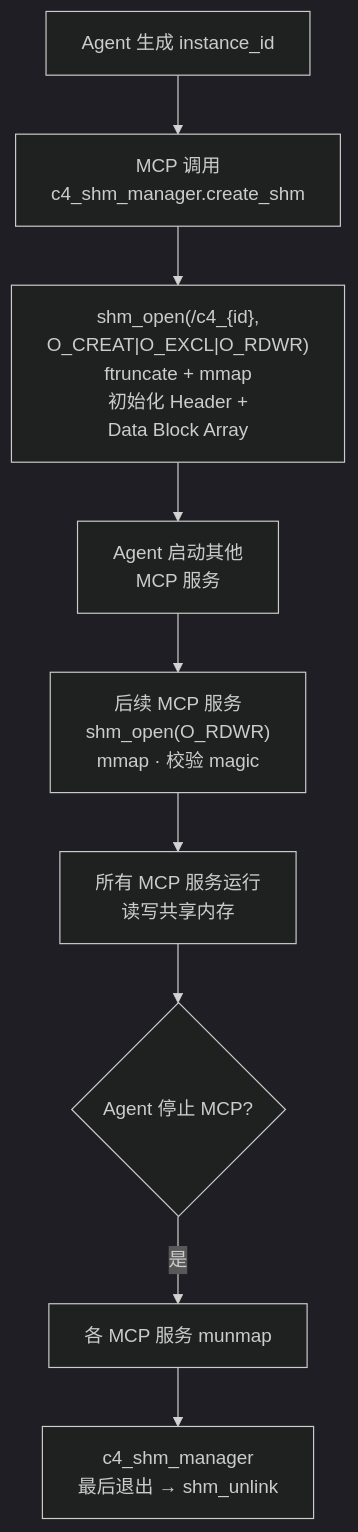
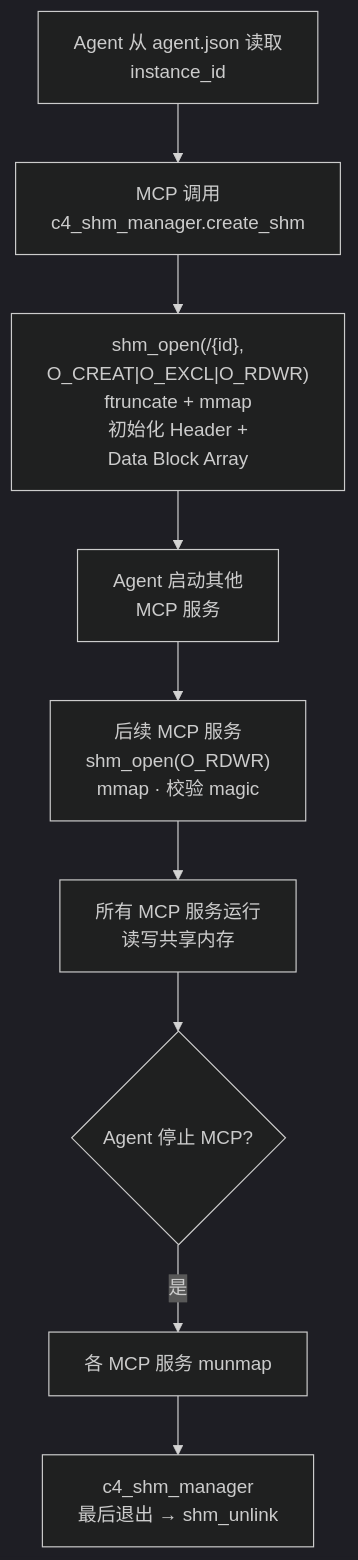
The first of 9 diagrams in docs/design/c4_shm_manager.md (activesys/c4), drawn with Mermaid (dark theme) before and after one commit. The commit also changed other lines of this file and 5 other files, not shown here.

````diff
--- a/docs/design/c4_shm_manager.md
+++ b/docs/design/c4_shm_manager.md
@@ -50,11 +50,11 @@
 ```mermaid
 flowchart TD
-    A["Agent 生成 instance_id"] --> B["MCP 调用<br/>c4_shm_manager.create_shm"]
-    B --> C["shm_open(/c4_{id},<br/>O_CREAT|O_EXCL|O_RDWR)<br/>ftruncate + mmap<br/>初始化 Header +<br/>Data Block Array"]
+    A["Agent 从 agent.json 读取<br/>instance_id"] --> B["MCP 调用<br/>c4_shm_manager.create_shm"]
+    B --> C["shm_open(/{id},<br/>O_CREAT|O_EXCL|O_RDWR)<br/>ftruncate + mmap<br/>初始化 Header +<br/>Data Block Array"]
     C --> D["Agent 启动其他<br/>MCP 服务"]
     D --> E["后续 MCP 服务<br/>shm_open(O_RDWR)<br/>mmap · 校验 magic"]
     E --> F["所有 MCP 服务运行<br/>读写共享内存"]
     F --> G{"Agent 停止 MCP?"}
     G -->|"是"| H["各 MCP 服务 munmap"]
     H --> I["c4_shm_manager<br/>最后退出 → shm_unlink"]
 ```
````
